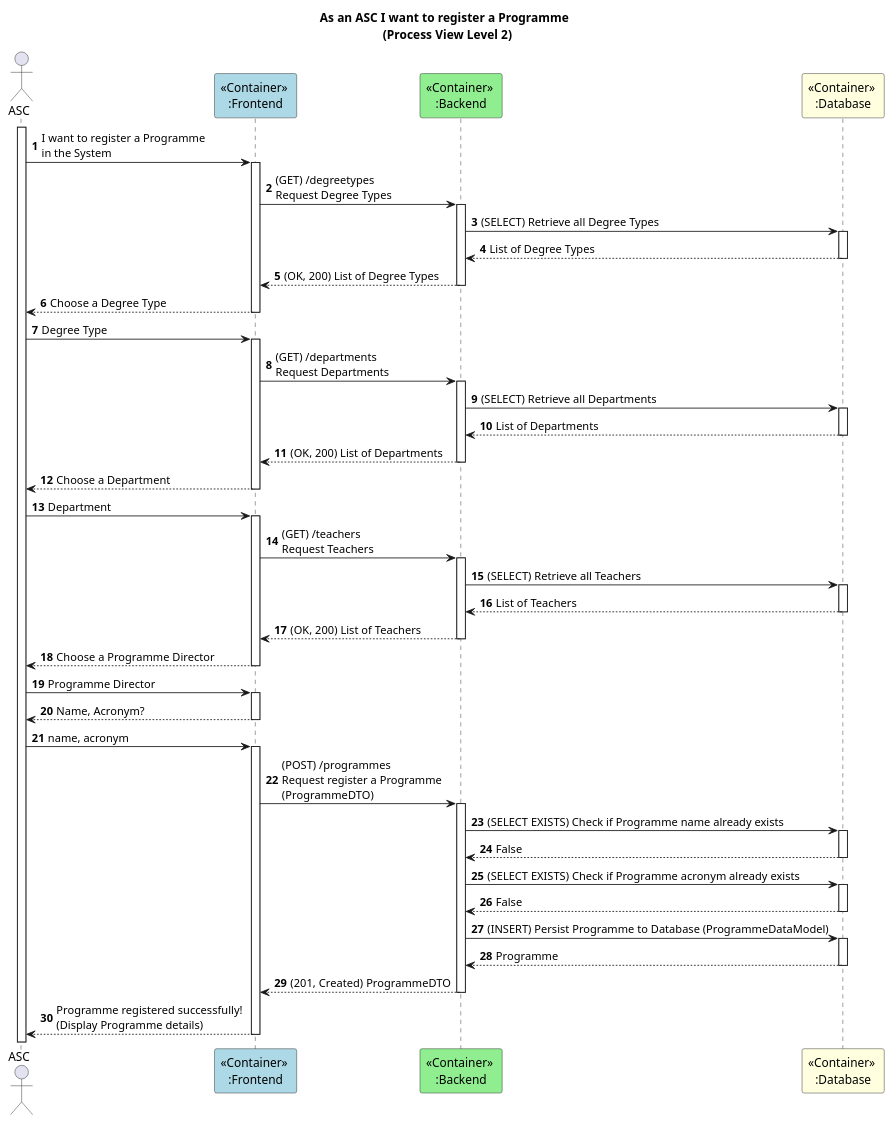
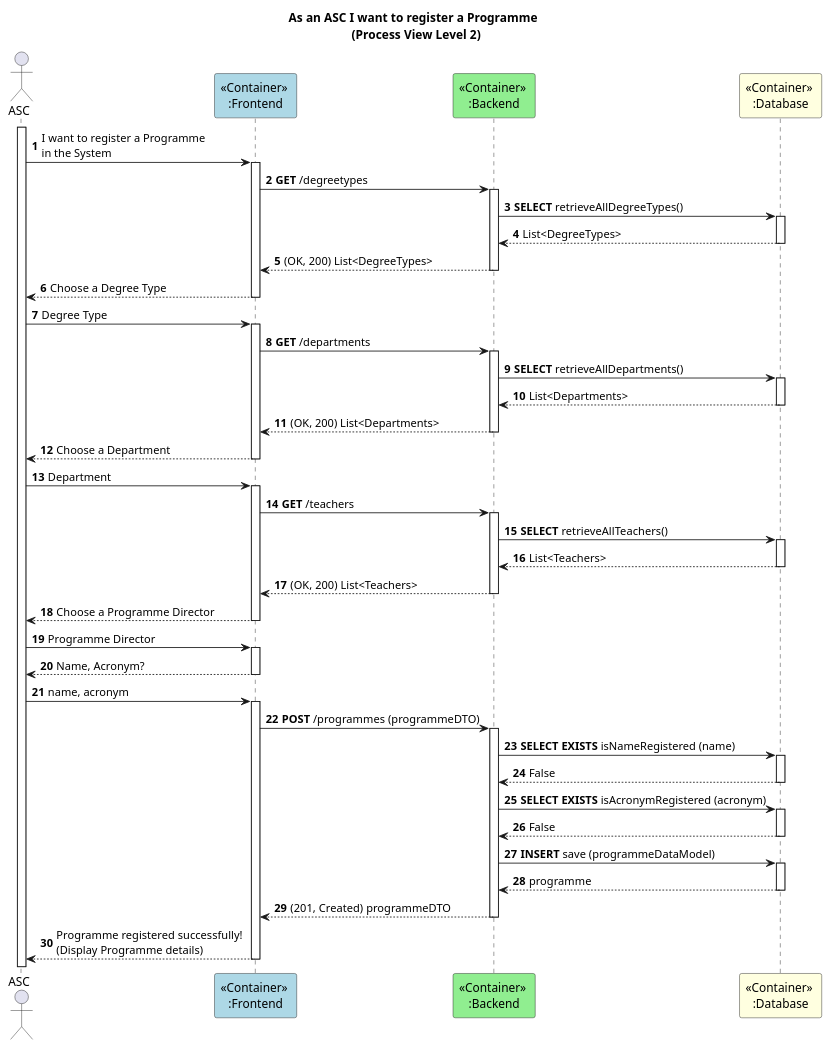
The diagram in docs/US31/ProcessView/Level2.puml (GasparISEP/DevOps-PAI), drawn with PlantUML before and after one commit. The commit also changed 4 other files, not shown here.

Commit message:
Fix #523: Made corrections to ProcessView Level 2 and 3 diagrams

```diff
--- a/docs/US31/ProcessView/Level2.puml
+++ b/docs/US31/ProcessView/Level2.puml
@@ -1,47 +1,47 @@
 @startuml
 
 autonumber
 
 title As an ASC I want to register a Programme \n (Process View Level 2)
 
 actor ASC as Admin
 participant "<<Container>> \n:Frontend" as FE #lightblue
 participant "<<Container>> \n:Backend" as BE #lightgreen
 participant "<<Container>> \n:Database" as BD #lightyellow
 
 activate Admin
 Admin -> FE ++: I want to register a Programme \nin the System
-FE -> BE ++: (GET) /degreetypes \nRequest Degree Types
-BE -> BD ++: (SELECT) Retrieve all Degree Types
-BD --> BE --: List of Degree Types
-BE --> FE --: (OK, 200) List of Degree Types
+FE -> BE ++: **GET** /degreetypes
+BE -> BD ++: **SELECT** retrieveAllDegreeTypes()
+BD --> BE --: List<DegreeTypes>
+BE --> FE --: (OK, 200) List<DegreeTypes>
 FE --> Admin --: Choose a Degree Type
 Admin -> FE ++: Degree Type
 
-FE -> BE ++: (GET) /departments \nRequest Departments
-BE -> BD ++: (SELECT) Retrieve all Departments
-BD --> BE --: List of Departments
-BE --> FE --: (OK, 200) List of Departments
+FE -> BE ++: **GET** /departments
+BE -> BD ++: **SELECT** retrieveAllDepartments()
+BD --> BE --: List<Departments>
+BE --> FE --: (OK, 200) List<Departments>
 FE --> Admin --: Choose a Department
 Admin -> FE ++: Department
 
-FE -> BE ++: (GET) /teachers \nRequest Teachers
-BE -> BD ++: (SELECT) Retrieve all Teachers
-BD --> BE --: List of Teachers
-BE --> FE --: (OK, 200) List of Teachers
+FE -> BE ++: **GET** /teachers
+BE -> BD ++: **SELECT** retrieveAllTeachers()
+BD --> BE --: List<Teachers>
+BE --> FE --: (OK, 200) List<Teachers>
 FE --> Admin --: Choose a Programme Director
 Admin -> FE ++: Programme Director
 
 FE --> Admin --: Name, Acronym?
 Admin -> FE ++: name, acronym
-FE -> BE ++: (POST) /programmes\nRequest register a Programme \n(ProgrammeDTO)
-BE -> BD ++: (SELECT EXISTS) Check if Programme name already exists
+FE -> BE ++: **POST** /programmes (programmeDTO)
+BE -> BD ++: **SELECT EXISTS** isNameRegistered (name)
 BD --> BE --: False
-BE -> BD ++: (SELECT EXISTS) Check if Programme acronym already exists
+BE -> BD ++: **SELECT EXISTS** isAcronymRegistered (acronym)
 BD --> BE --: False
-BE -> BD ++: (INSERT) Persist Programme to Database (ProgrammeDataModel)
-BD --> BE --: Programme
-BE --> FE --: (201, Created) ProgrammeDTO
+BE -> BD ++: **INSERT** save (programmeDataModel)
+BD --> BE --: programme
+BE --> FE --: (201, Created) programmeDTO
 FE --> Admin --: Programme registered successfully! \n(Display Programme details)
 
 @enduml
```
